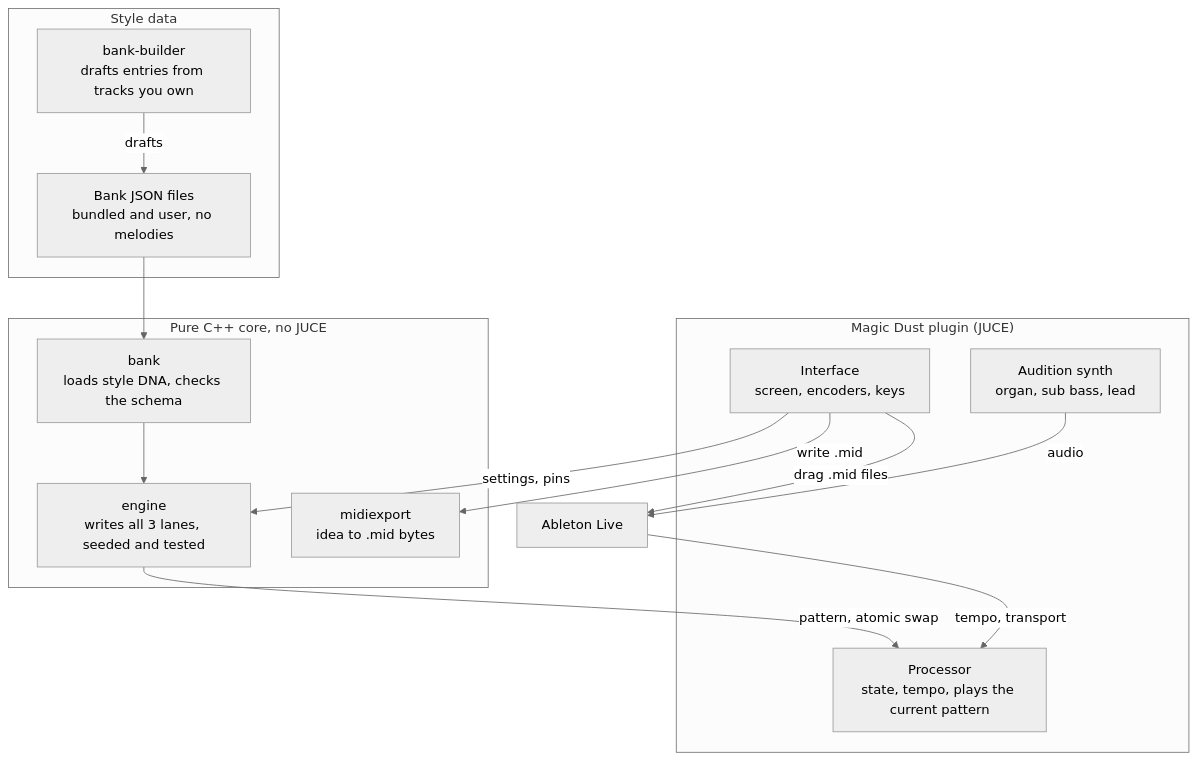
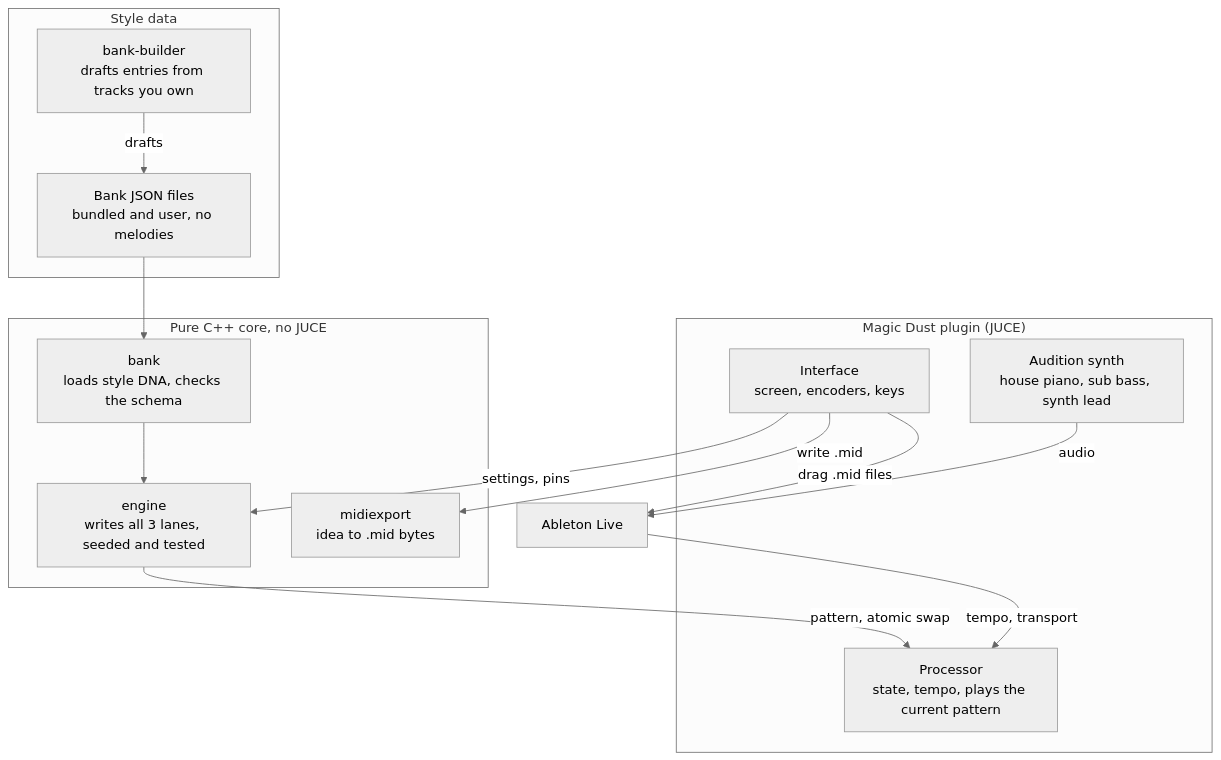
The first of 2 diagrams in docs/spec/magic-dust-spec.md (markstent/magic_dust_vst), drawn with Mermaid (neutral theme) before and after one commit. The commit also changed other lines of this file and 2 other files, not shown here.

Commit message:
docs: name the house piano and synth lead as the built-in sounds, and record the change

````diff
--- a/docs/spec/magic-dust-spec.md
+++ b/docs/spec/magic-dust-spec.md
@@ -383,26 +383,26 @@
 ```mermaid
 flowchart TB
   live["Ableton Live"]
   subgraph plugin["Magic Dust plugin (JUCE)"]
     ui["Interface<br/>screen, encoders, keys"]
     proc["Processor<br/>state, tempo, plays the current pattern"]
-    synth["Audition synth<br/>organ, sub bass, lead"]
+    synth["Audition synth<br/>house piano, sub bass, synth lead"]
   end
   subgraph core["Pure C++ core, no JUCE"]
     engine["engine<br/>writes all 3 lanes, seeded and tested"]
     bank["bank<br/>loads style DNA, checks the schema"]
     midi["midiexport<br/>idea to .mid bytes"]
   end
   subgraph data["Style data"]
     files["Bank JSON files<br/>bundled and user, no melodies"]
     builder["bank-builder<br/>drafts entries from tracks you own"]
   end
   live -- "tempo, transport" --> proc
   synth -- "audio" --> live
   ui -- "drag .mid files" --> live
   ui -- "settings, pins" --> engine
   engine -- "pattern, atomic swap" --> proc
   ui -- "write .mid" --> midi
   files --> bank --> engine
   builder -- "drafts" --> files
 ```
````
